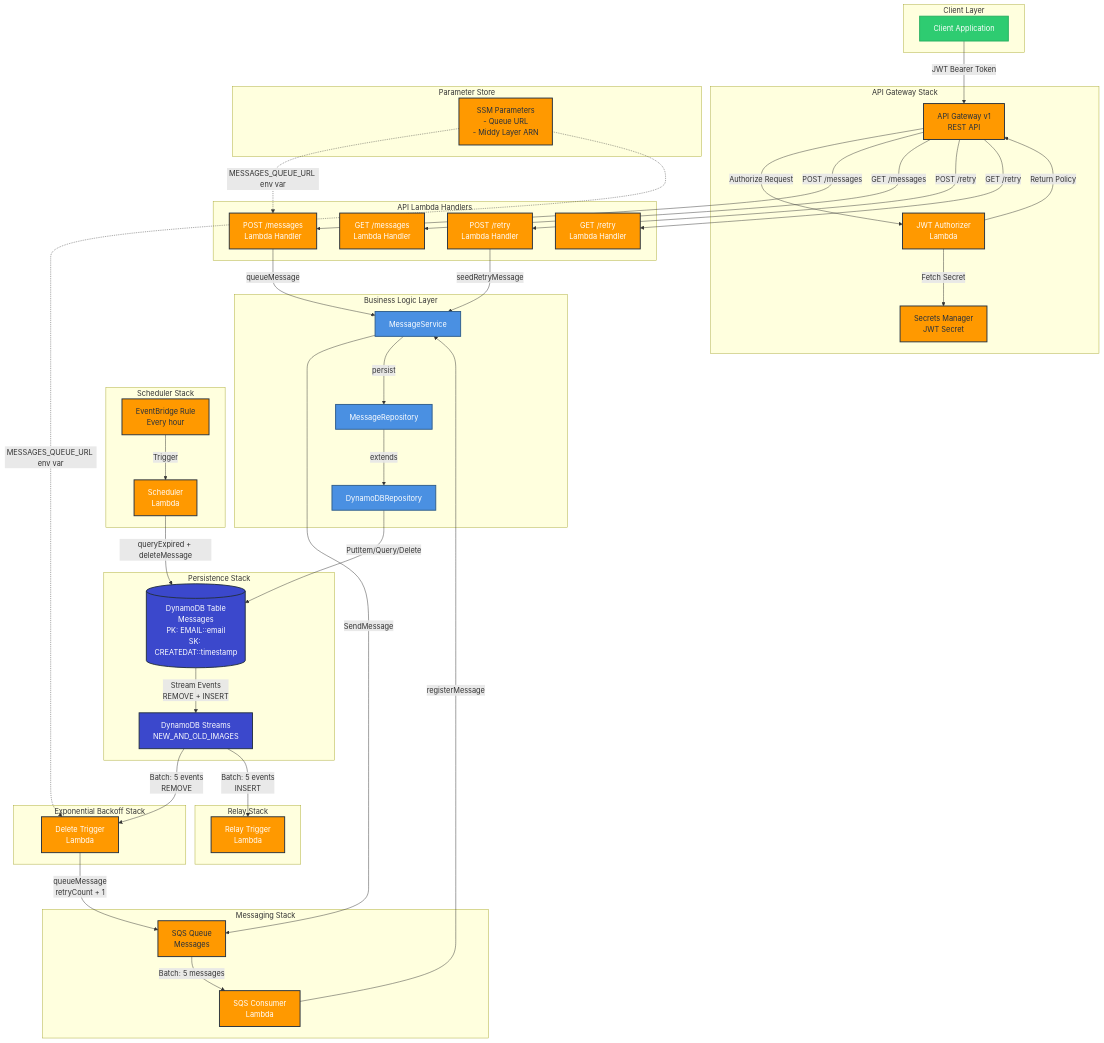
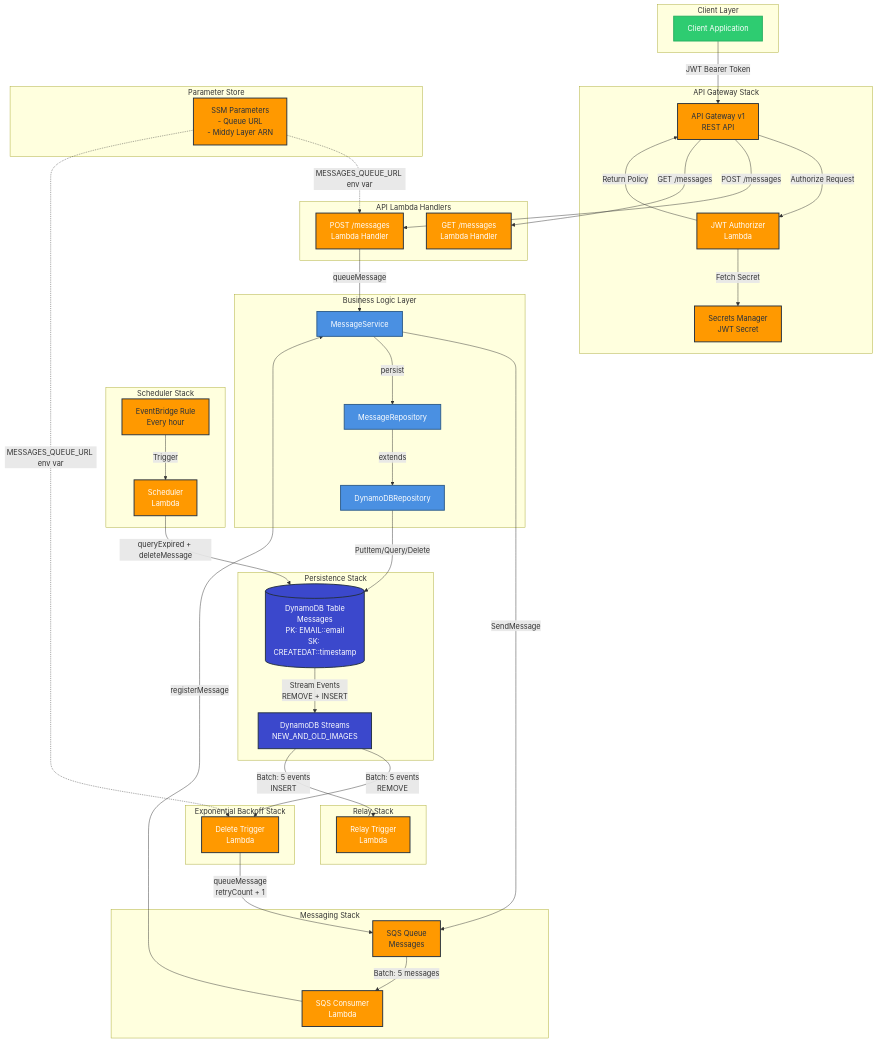
One commit to rawlinja/serverless-message-retry-cdk changed the first of 3 diagrams in docs/ARCHITECTURE.md. Above: the diagram before and after it, drawn with Mermaid. The commit also changed other lines of this file and 8 other files, not shown here.

```diff
--- a/docs/ARCHITECTURE.md
+++ b/docs/ARCHITECTURE.md
@@ -17,8 +17,6 @@
     subgraph "API Lambda Handlers"
         PostMsg[POST /messages<br/>Lambda Handler]
         GetMsg[GET /messages<br/>Lambda Handler]
-        PostRetry[POST /retry<br/>Lambda Handler]
-        GetRetry[GET /retry<br/>Lambda Handler]
     end
 
     subgraph "Messaging Stack"
@@ -65,12 +63,9 @@
     %% API Gateway to Lambda Handlers
     APIGW -->|POST /messages| PostMsg
     APIGW -->|GET /messages| GetMsg
-    APIGW -->|POST /retry| PostRetry
-    APIGW -->|GET /retry| GetRetry
 
     %% API Handlers to MessageService
     PostMsg -->|queueMessage| MS
-    PostRetry -->|seedRetryMessage| MS
 
     %% MessageService to SQS
     MS -->|SendMessage| SQS
@@ -110,7 +105,7 @@
     classDef client fill:#2ECC71,stroke:#27AE60,stroke-width:2px,color:#fff
 
     class APIGW,SQS,EB,SSM,SM aws
-    class Auth,PostMsg,GetMsg,PostRetry,GetRetry,SQSConsumer,Scheduler,DeleteTrigger,RelayTrigger lambda
+    class Auth,PostMsg,GetMsg,SQSConsumer,Scheduler,DeleteTrigger,RelayTrigger lambda
     class MS,MR,DR logic
     class DDB,Stream storage
     class Client client
```
